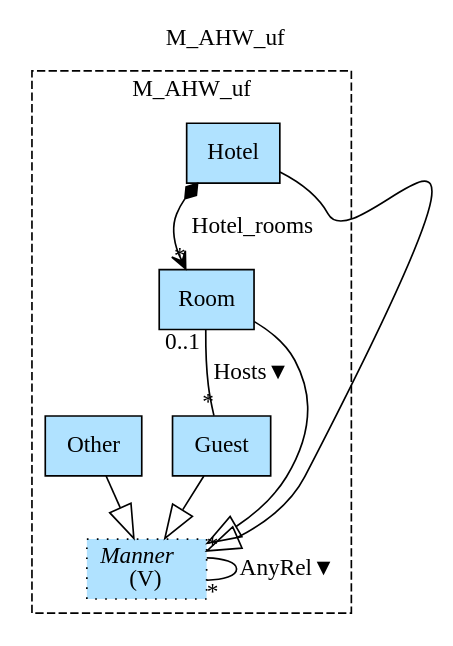
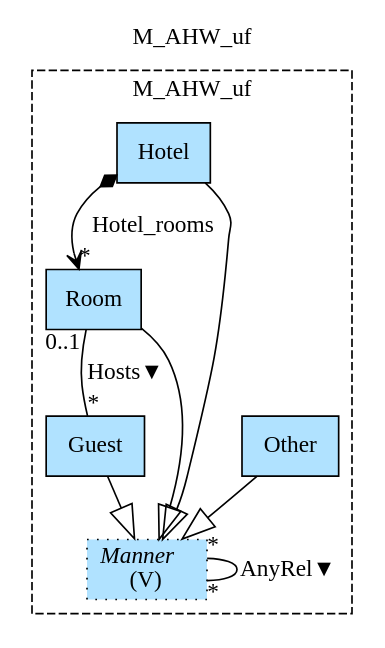
The diagram in Haskell/FragmentaTests/PetsWorld/img/M_AHW_uf.gv (namalio/Fragmenta), drawn with Graphviz before and after one commit. The commit also changed other lines of this file and 29 other files, not shown here.

```diff
--- a/Haskell/FragmentaTests/PetsWorld/img/M_AHW_uf.gv
+++ b/Haskell/FragmentaTests/PetsWorld/img/M_AHW_uf.gv
@@ -1,18 +1,18 @@
 digraph {graph[label=M_AHW_uf,labelloc=tl,labelfontsize=12];
 subgraph cluster_M_AHW_uf{style=dashed;label=M_AHW_uf;
+"Guest"[shape=record,fillcolor=lightskyblue1,style = filled,label="Guest"];
+"Other"[shape=record,fillcolor=lightskyblue1,style = filled,label="Other"];
 "Room"[shape=record,fillcolor=lightskyblue1,style = filled,label="Room"];
 "Hotel"[shape=record,fillcolor=lightskyblue1,style = filled,label="Hotel"];
-"Guest"[shape=record,fillcolor=lightskyblue1,style = filled,label="Guest"];
-"Other"[shape=record,fillcolor=lightskyblue1,style = filled,label="Other"];
 "Manner"[shape=record,fillcolor=lightskyblue1,style ="filled,dotted",label=<{<I>Manner</I><br/>(V)}>];
 
 "Room"->"Guest"[label="Hosts▼",dir=none,taillabel="0..1",headlabel="*"];
 "Hotel"->"Room"[label="Hotel_rooms",arrowhead=vee,arrowtail=diamond,dir=both,headlabel="*"];
 "Manner"->"Manner"[label="AnyRel▼",dir=none,taillabel="*",headlabel="*"];
 "Room"->"Manner"[arrowhead=onormal,arrowsize=2.0];
 "Hotel"->"Manner"[arrowhead=onormal,arrowsize=2.0];
 "Guest"->"Manner"[arrowhead=onormal,arrowsize=2.0];
 "Other"->"Manner"[arrowhead=onormal,arrowsize=2.0];
 
 }
 }
```
